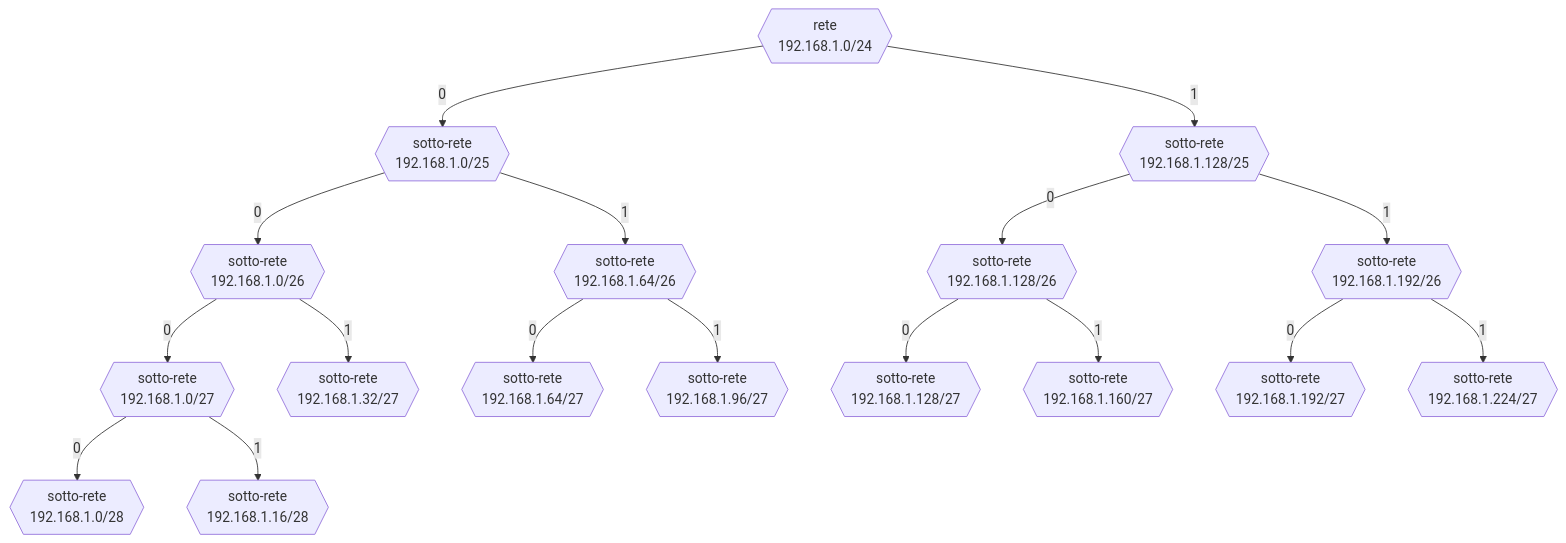
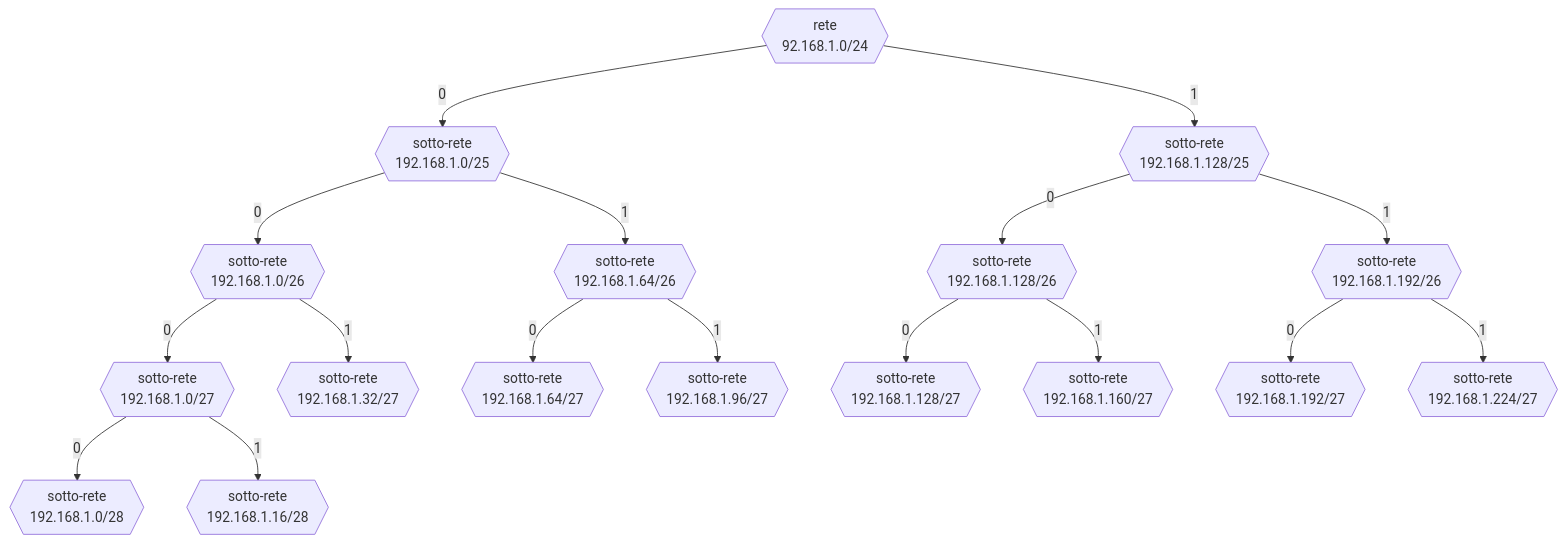
Before and after one commit to TendTo/Tutorato-Reti-di-Calcolatori: the first of 3 diagrams in lezioni/3-Network/README.md, drawn with Mermaid. The commit also changed other lines of this file and 12 other files, not shown here.

Commit message:
chore: update mermaid

````diff
--- a/lezioni/3-Network/README.md
+++ b/lezioni/3-Network/README.md
@@ -71,38 +71,38 @@
 ```mermaid
-graph TD
-r{{rete\n192.168.1.0/24}}
-s1{{sotto-rete\n192.168.1.0/25}}
-s2{{sotto-rete\n192.168.1.128/25}}
-s3{{sotto-rete\n192.168.1.0/26}}
-s4{{sotto-rete\n192.168.1.64/26}}
-s5{{sotto-rete\n192.168.1.128/26}}
-s6{{sotto-rete\n192.168.1.192/26}}
-s7{{sotto-rete\n192.168.1.0/27}}
-s8{{sotto-rete\n192.168.1.32/27}}
-s9{{sotto-rete\n192.168.1.64/27}}
-s10{{sotto-rete\n192.168.1.96/27}}
-s11{{sotto-rete\n192.168.1.128/27}}
-s12{{sotto-rete\n192.168.1.160/27}}
-s13{{sotto-rete\n192.168.1.192/27}}
-s14{{sotto-rete\n192.168.1.224/27}}
-s15{{sotto-rete\n192.168.1.0/28}}
-s16{{sotto-rete\n192.168.1.16/28}}
+flowchart TD
+r{{rete<br>92.168.1.0/24}}
+s1{{"`sotto-rete<br>192.168.1.0/25`"}}
+s2{{"`sotto-rete<br>192.168.1.128/25`"}}
+s3{{"`sotto-rete<br>192.168.1.0/26`"}}
+s4{{"`sotto-rete<br>192.168.1.64/26`"}}
+s5{{"`sotto-rete<br>192.168.1.128/26`"}}
+s6{{"`sotto-rete<br>192.168.1.192/26`"}}
+s7{{"`sotto-rete<br>192.168.1.0/27`"}}
+s8{{"`sotto-rete<br>192.168.1.32/27`"}}
+s9{{"`sotto-rete<br>192.168.1.64/27`"}}
+s10{{"`sotto-rete<br>192.168.1.96/27`"}}
+s11{{"`sotto-rete<br>192.168.1.128/27`"}}
+s12{{"`sotto-rete<br>192.168.1.160/27`"}}
+s13{{"`sotto-rete<br>192.168.1.192/27`"}}
+s14{{"`sotto-rete<br>192.168.1.224/27`"}}
+s15{{"`sotto-rete<br>192.168.1.0/28`"}}
+s16{{"`sotto-rete<br>192.168.1.16/28`"}}
 
     r -- 0 --> s1
     r -- 1 --> s2
     s1 -- 0 --> s3
     s1 -- 1 --> s4
     s2 -- 0 --> s5
     s2 -- 1 --> s6
     s3 -- 0 --> s7
     s3 -- 1 --> s8
     s4 -- 0 --> s9
     s4 -- 1 --> s10
     s5 -- 0 --> s11
     s5 -- 1 --> s12
     s6 -- 0 --> s13
     s6 -- 1 --> s14
     s7 -- 0 --> s15
     s7 -- 1 --> s16
 
 ```
````
